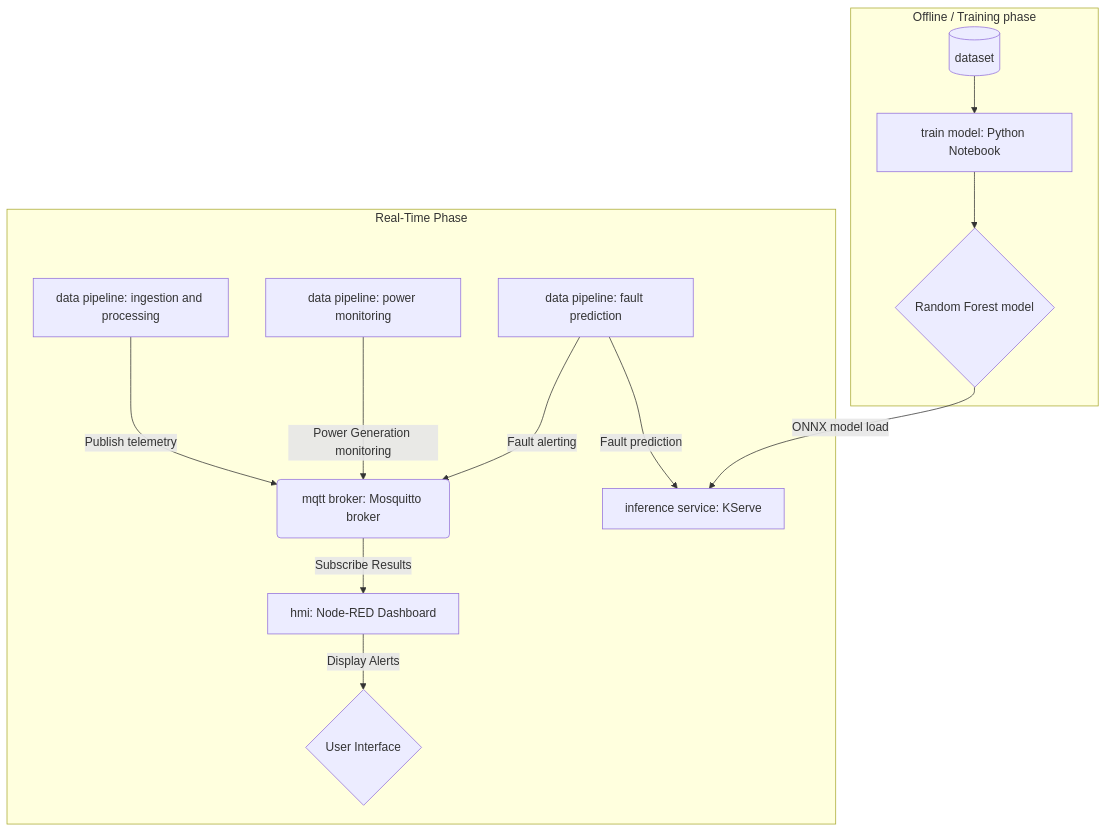
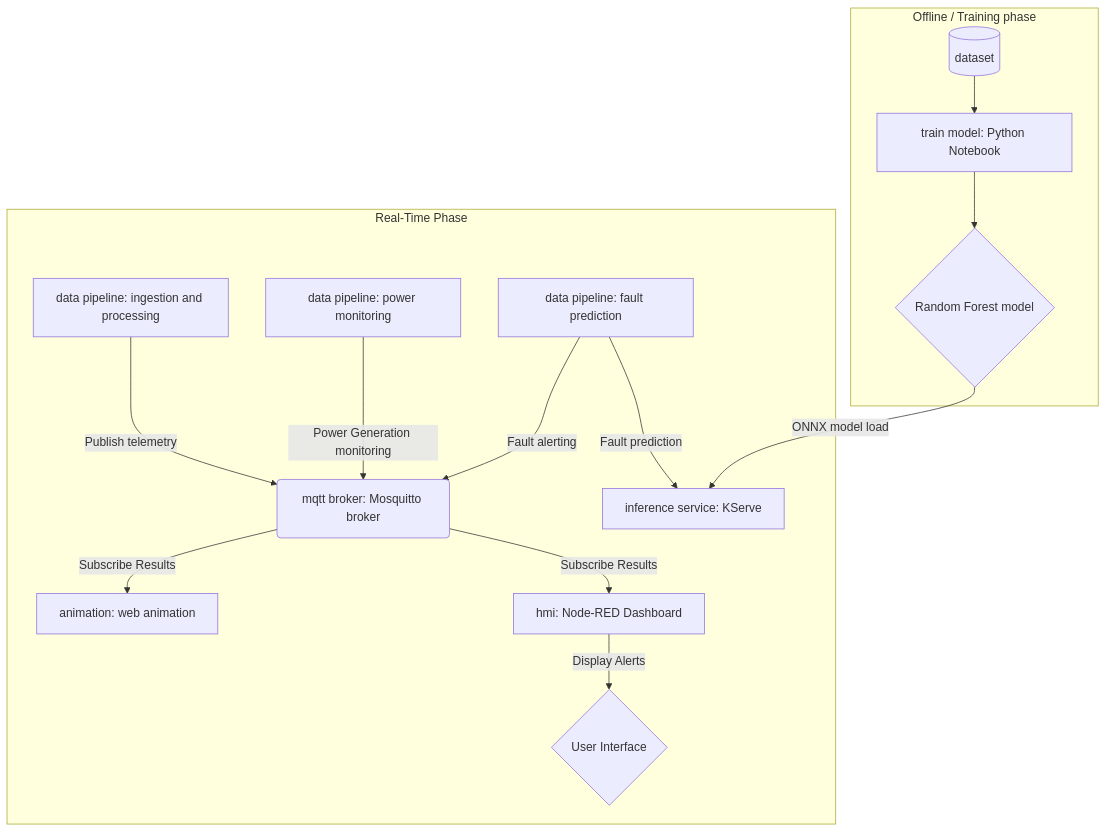
The diagram in README.md (lucamaf/edge-windguard), drawn with Mermaid before and after one commit.

Commit message:
adding animation docs

````diff
--- a/README.md
+++ b/README.md
@@ -15,17 +15,18 @@
 ```mermaid
 graph TD
     subgraph "Offline / Training phase"
         A[(dataset)] --> B[train model: Python Notebook]
         B --> C{Random Forest model}
     end
 
     subgraph "Real-Time Phase"
         C -- "ONNX model load" --> D[inference service: KServe]
         E[data pipeline: ingestion and processing] -- "Publish telemetry" --> F(mqtt broker: Mosquitto broker)
         H[data pipeline: power monitoring] -- "Power Generation monitoring" --> F(mqtt broker: Mosquitto broker)
         I[data pipeline: fault prediction] -- "Fault prediction" --> D[inference service: KServe]
         I[data pipeline: fault prediction] -- "Fault alerting" --> F(mqtt broker: Mosquitto broker)
         F -- "Subscribe Results" --> L[hmi: Node-RED Dashboard]
         L -- "Display Alerts" --> M{User Interface}
+        F -- "Subscribe Results" --> N[animation: web animation]
     end
 ```
````
